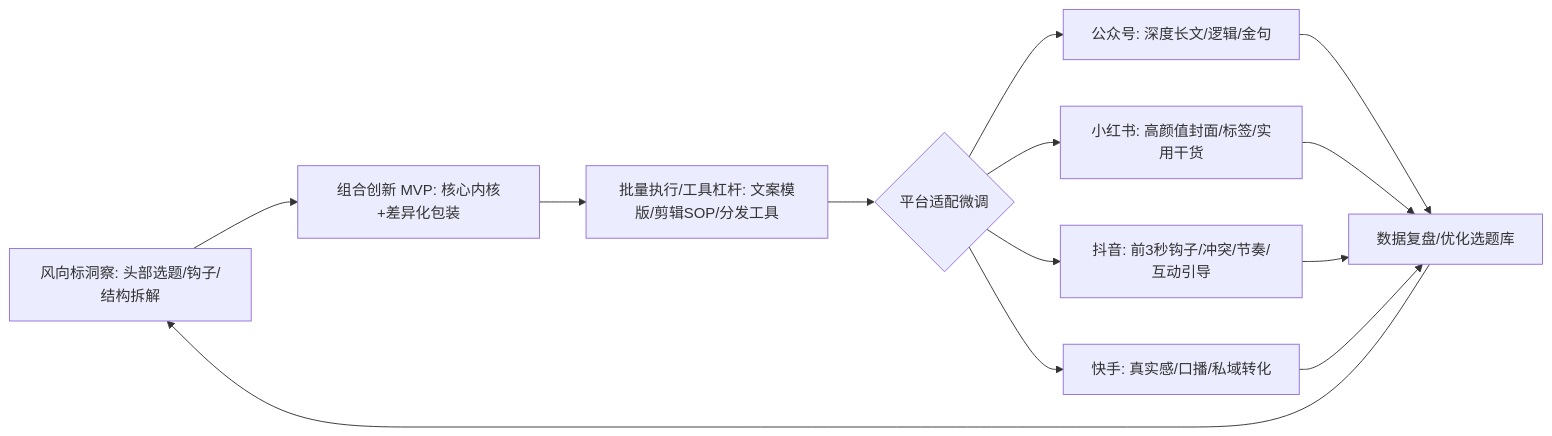
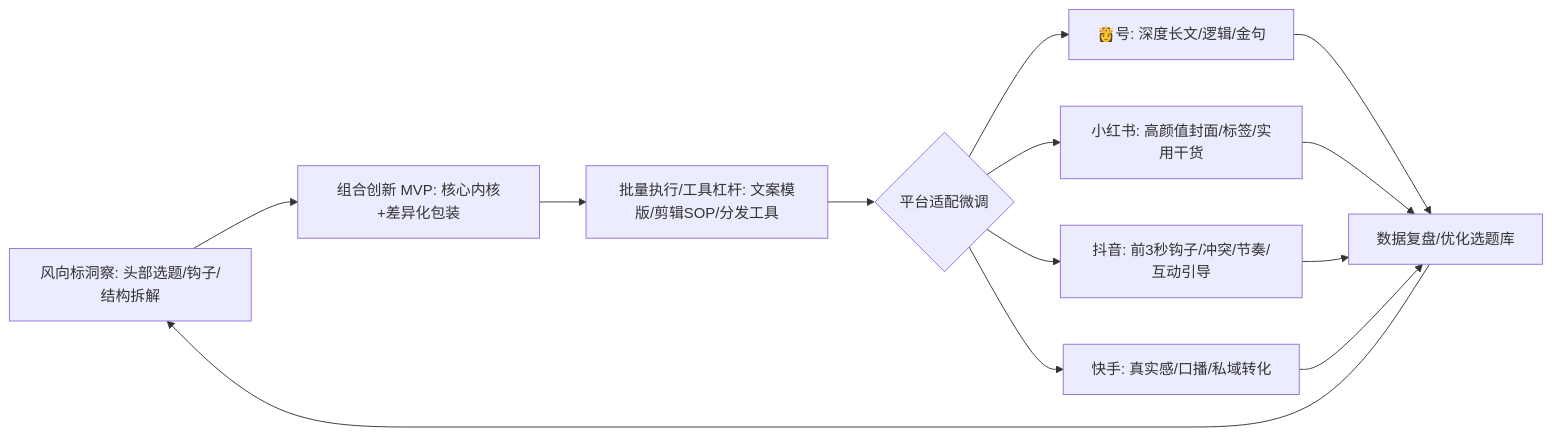
One commit to OpenDocCN1/flygon-zhuanqian-zhoubao changed the first of 3 diagrams in docs/202303_paper2textbook/asset/body_fix_71372b9ef55f74a7e5759ee0af240ccc_f856cb4691a474e096fcfff502e87749_bcaadbe3a7bbdf5cc5a22df4d9ef1ae3_156115acdd68d98d29cc5c960054c04c.md. Above: the diagram before and after it, drawn with Mermaid. The commit also changed other lines of this file and 6688 other files, not shown here.

````diff
--- a/docs/202303_paper2textbook/asset/body_fix_71372b9ef55f74a7e5759ee0af240ccc_f856cb4691a474e096fcfff502e87749_bcaadbe3a7bbdf5cc5a22df4d9ef1ae3_156115acdd68d98d29cc5c960054c04c.md
+++ b/docs/202303_paper2textbook/asset/body_fix_71372b9ef55f74a7e5759ee0af240ccc_f856cb4691a474e096fcfff502e87749_bcaadbe3a7bbdf5cc5a22df4d9ef1ae3_156115acdd68d98d29cc5c960054c04c.md
@@ -52,12 +52,12 @@
 ```mermaid
 flowchart LR
     A[风向标洞察: 头部选题/钩子/结构拆解] --> B[组合创新 MVP: 核心内核+差异化包装]
     B --> C[批量执行/工具杠杆: 文案模版/剪辑SOP/分发工具]
     C --> D{平台适配微调}
-    D --> E[公众号: 深度长文/逻辑/金句]
+    D --> E[👸号: 深度长文/逻辑/金句]
     D --> F[小红书: 高颜值封面/标签/实用干货]
     D --> G[抖音: 前3秒钩子/冲突/节奏/互动引导]
     D --> H[快手: 真实感/口播/私域转化]
     E & F & G & H --> I[数据复盘/优化选题库]
     I --> A
 ```
````
